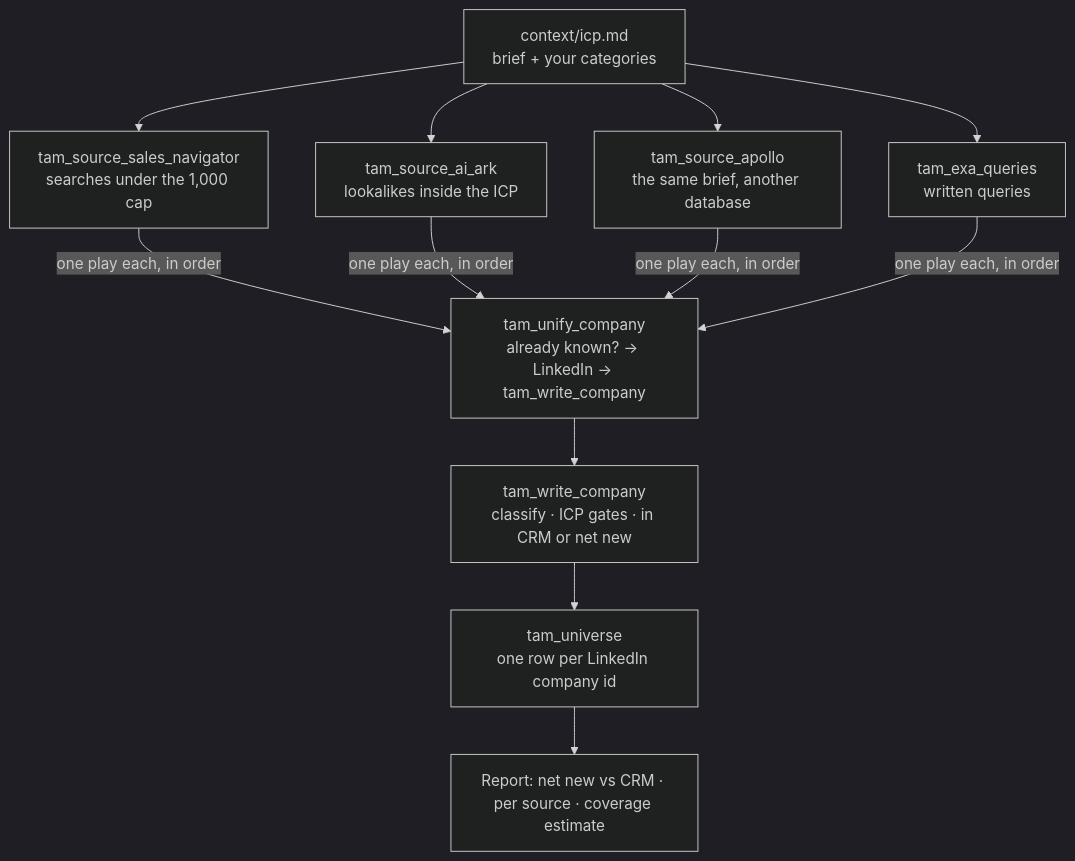
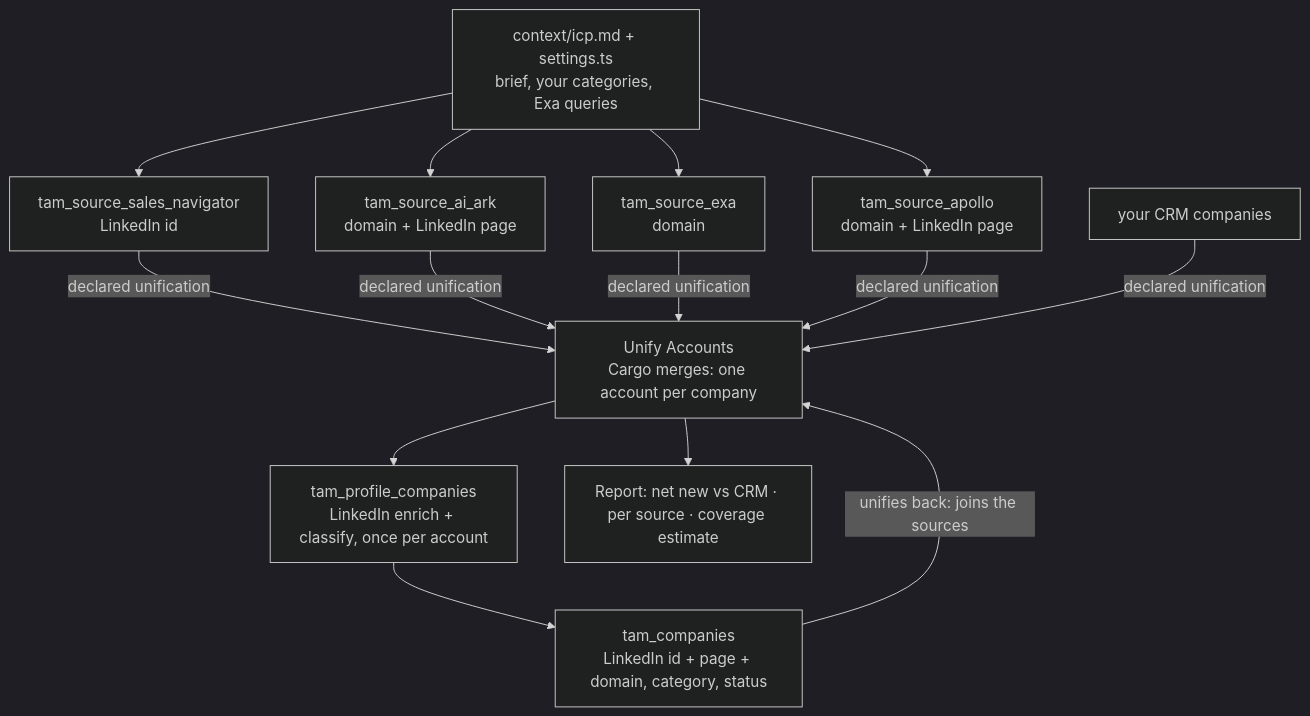
Before and after one commit to getcargohq/gtm-skills: the diagram in tam-building-advanced/README.md, drawn with Mermaid (dark theme). The commit also changed other lines of this file and 31 other files, not shown here.

First line of the commit message:
tam-building-advanced: one account layer via Cargo unification, one profile play

````diff
--- a/tam-building-advanced/README.md
+++ b/tam-building-advanced/README.md
@@ -38,16 +39,19 @@
 ```mermaid
 flowchart TD
-    icp["context/icp.md<br/>brief + your categories"]
-    sn["tam_source_sales_navigator<br/>searches under the 1,000 cap"]
-    ark["tam_source_ai_ark<br/>lookalikes inside the ICP"]
-    apollo["tam_source_apollo<br/>the same brief, another database"]
-    exa["tam_exa_queries<br/>written queries"]
-    unify["tam_unify_company<br/>already known? → LinkedIn → tam_write_company"]
-    write["tam_write_company<br/>classify · ICP gates · in CRM or net new"]
-    tam["tam_universe<br/>one row per LinkedIn company id"]
+    icp["context/icp.md + settings.ts<br/>brief, your categories, Exa queries"]
+    sn["tam_source_sales_navigator<br/>LinkedIn id"]
+    ark["tam_source_ai_ark<br/>domain + LinkedIn page"]
+    exa["tam_source_exa<br/>domain"]
+    apollo["tam_source_apollo<br/>domain + LinkedIn page"]
+    crm["your CRM companies"]
+    accounts["Unify Accounts<br/>Cargo merges: one account per company"]
+    play["tam_profile_companies<br/>LinkedIn enrich + classify, once per account"]
+    profile["tam_companies<br/>LinkedIn id + page + domain, category, status"]
     report["Report: net new vs CRM · per source · coverage estimate"]
 
-    icp --> sn & ark & apollo & exa
-    sn & ark & apollo & exa -->|"one play each, in order"| unify
-    unify --> write --> tam --> report
+    icp --> sn & ark & exa & apollo
+    sn & ark & exa & apollo & crm -->|"declared unification"| accounts
+    accounts --> play --> profile
+    profile -->|"unifies back: joins the sources"| accounts
+    accounts --> report
 ```
````
